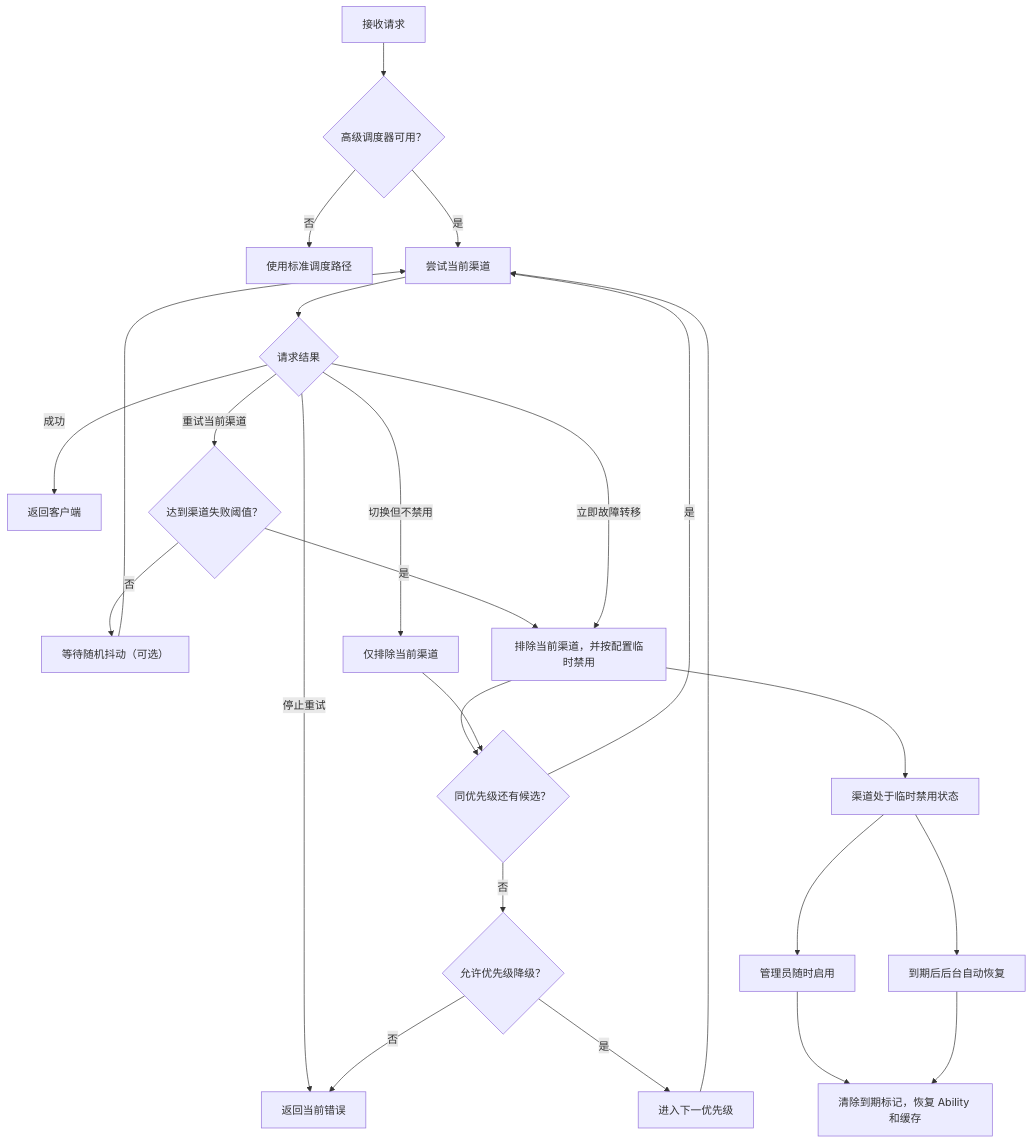
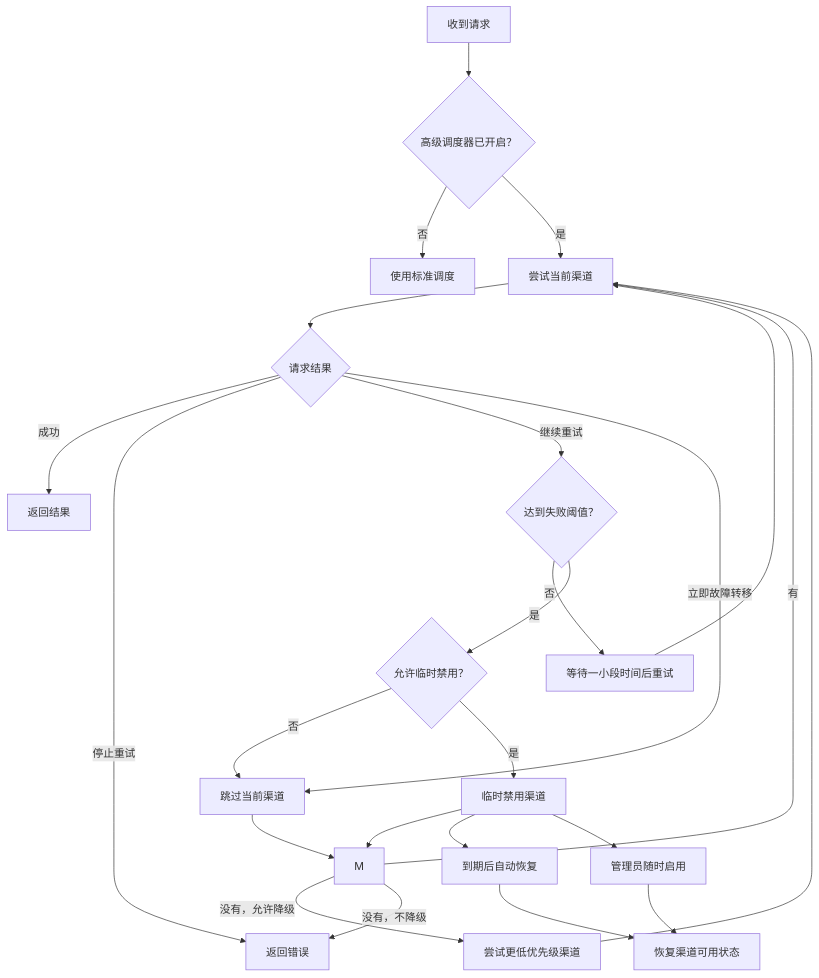
Before and after one commit to ccw-HE/new-api: the diagram in README-FORK.md, drawn with Mermaid. The commit also changed other lines of this file and 1 other file, not shown here.

````diff
--- a/README-FORK.md
+++ b/README-FORK.md
@@ -31,27 +31,26 @@
 ```mermaid
 flowchart TD
-    A["接收请求"] --> B{"高级调度器可用？"}
-    B -- "否" --> Z["使用标准调度路径"]
+    A["收到请求"] --> B{"高级调度器已开启？"}
+    B -- "否" --> Z["使用标准调度"]
     B -- "是" --> C["尝试当前渠道"]
     C --> D{"请求结果"}
-    D -- "成功" --> E["返回客户端"]
-    D -- "停止重试" --> F["返回当前错误"]
-    D -- "重试当前渠道" --> G{"达到渠道失败阈值？"}
-    G -- "否" --> H["等待随机抖动（可选）"]
+    D -- "成功" --> E["返回结果"]
+    D -- "停止重试" --> F["返回错误"]
+    D -- "继续重试" --> G{"达到失败阈值？"}
+    G -- "否" --> H["等待一小段时间后重试"]
     H --> C
-    G -- "是" --> I["排除当前渠道，并按配置临时禁用"]
-    D -- "立即故障转移" --> I
-    D -- "切换但不禁用" --> J["仅排除当前渠道"]
-    I --> K{"同优先级还有候选？"}
-    J --> K
-    K -- "是" --> C
-    K -- "否" --> L{"允许优先级降级？"}
-    L -- "是" --> M["进入下一优先级"]
-    M --> C
-    L -- "否" --> F
-    I --> N["渠道处于临时禁用状态"]
-    N --> O["管理员随时启用"]
-    N --> P["到期后后台自动恢复"]
-    O --> Q["清除到期标记，恢复 Ability 和缓存"]
+    G -- "是" --> I{"允许临时禁用？"}
+    I -- "否" --> L
+    I -- "是" --> K["临时禁用渠道"]
+    D -- "立即故障转移" --> L["跳过当前渠道"]
+    K --> M
+    L --> M
+    M -- "有" --> C
+    M -- "没有，允许降级" --> N["尝试更低优先级渠道"]
+    N --> C
+    M -- "没有，不降级" --> F
+    K --> O["到期后自动恢复"]
+    K --> P["管理员随时启用"]
+    O --> Q["恢复渠道可用状态"]
     P --> Q
 ```
````
